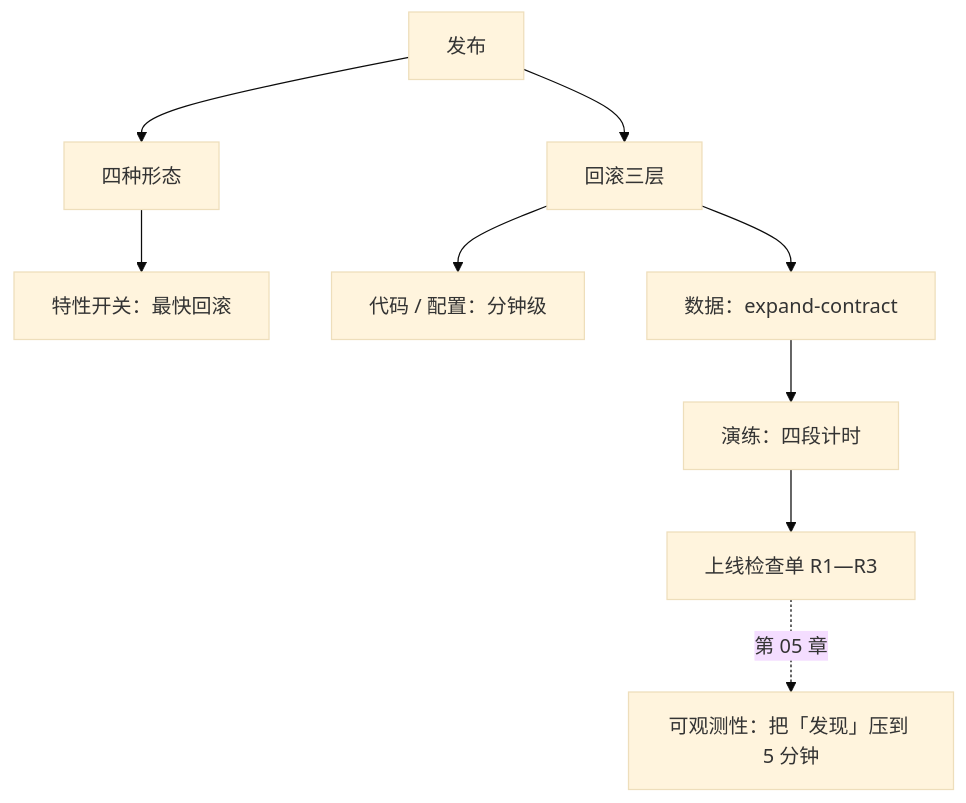
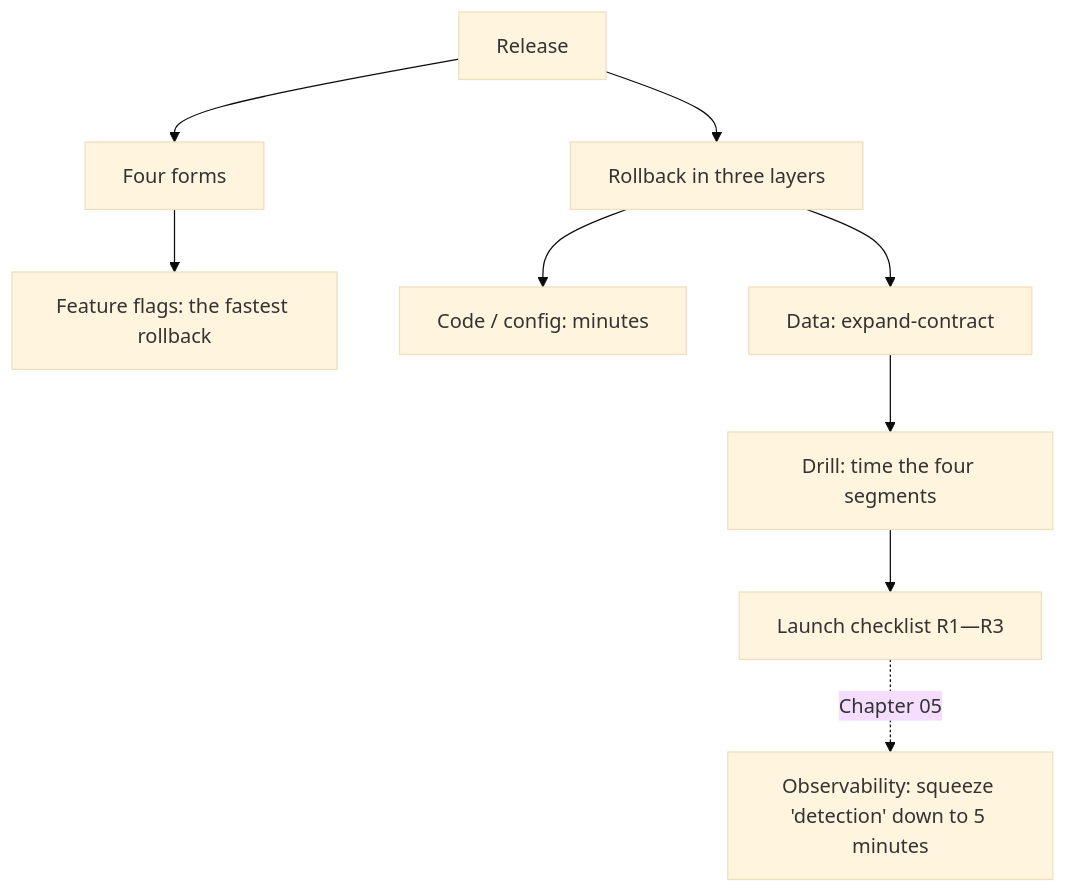
The second of 2 diagrams in phase5/chapters/ch04-release-rollback.md (xzlxiao/vibe-coding-textbook), drawn with Mermaid (base theme) before and after one commit. The commit also changed other lines of this file and 10 other files, not shown here.

````diff
--- a/phase5/chapters/ch04-release-rollback.md
+++ b/phase5/chapters/ch04-release-rollback.md
@@ -220,11 +220,11 @@
 ```mermaid
 flowchart TD
-    A["发布"] --> B["四种形态"]
-    B --> C["特性开关：最快回滚"]
-    A --> D["回滚三层"]
-    D --> E["代码 / 配置：分钟级"]
-    D --> F["数据：expand-contract"]
-    F --> G["演练：四段计时"]
-    G --> H["上线检查单 R1—R3"]
-    H -.->|"第 05 章"| I["可观测性：把「发现」压到 5 分钟"]
+    A["Release"] --> B["Four forms"]
+    B --> C["Feature flags: the fastest rollback"]
+    A --> D["Rollback in three layers"]
+    D --> E["Code / config: minutes"]
+    D --> F["Data: expand-contract"]
+    F --> G["Drill: time the four segments"]
+    G --> H["Launch checklist R1—R3"]
+    H -.->|"Chapter 05"| I["Observability: squeeze 'detection' down to 5 minutes"]
 ```
````
